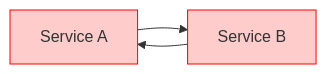
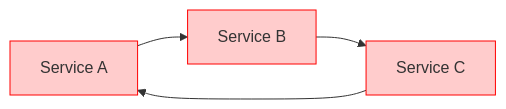
Before and after one commit to MrTomkaYurii/CSharp-OOP-Mastery: the second of 2 diagrams in 06-Advanced-DotNet/02-Reflection-And-Metadata/Docs/06_Frameworks_And_Dependency_Injection/DependencyInjectionLifecycle.md, drawn with Mermaid. The commit also changed other lines of this file and 48 other files, not shown here.

````diff
--- a/06-Advanced-DotNet/02-Reflection-And-Metadata/Docs/06_Frameworks_And_Dependency_Injection/DependencyInjectionLifecycle.md
+++ b/06-Advanced-DotNet/02-Reflection-And-Metadata/Docs/06_Frameworks_And_Dependency_Injection/DependencyInjectionLifecycle.md
@@ -36,7 +36,9 @@
 ```mermaid
 flowchart LR
     A["Service A"] --> B["Service B"]
-    B --> A
+    B --> C["Service C"]
+    C --> A
     style A fill:#ffcccc,stroke:#ff0000
     style B fill:#ffcccc,stroke:#ff0000
+    style C fill:#ffcccc,stroke:#ff0000
 ```
````
